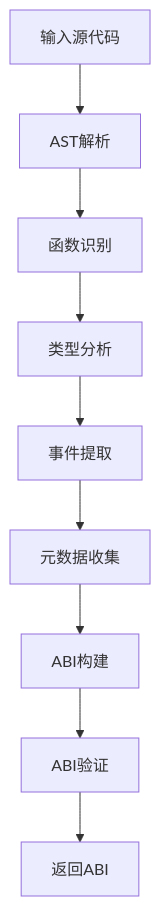
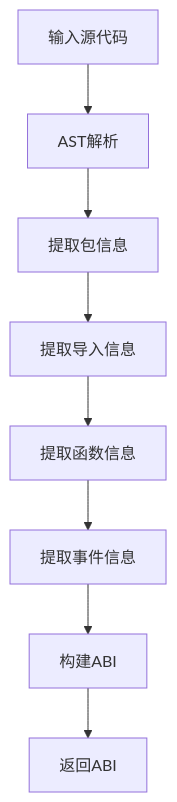
Before and after one commit to lengzhao/vm: the diagram in docs/detailed_design/abi_generator_detailed_design.md, drawn with Mermaid. The commit also changed other lines of this file and 12 other files, not shown here.

````diff
--- a/docs/detailed_design/abi_generator_detailed_design.md
+++ b/docs/detailed_design/abi_generator_detailed_design.md
@@ -113,11 +81,10 @@
 ```mermaid
 graph TD
 A[输入源代码] --> B[AST解析]
-B --> C[函数识别]
-C --> D[类型分析]
-D --> E[事件提取]
-E --> F[元数据收集]
-F --> G[ABI构建]
-G --> H[ABI验证]
-H --> I[返回ABI]
+B --> C[提取包信息]
+C --> D[提取导入信息]
+D --> E[提取函数信息]
+E --> F[提取事件信息]
+F --> G[构建ABI]
+G --> H[返回ABI]
 ```
````
